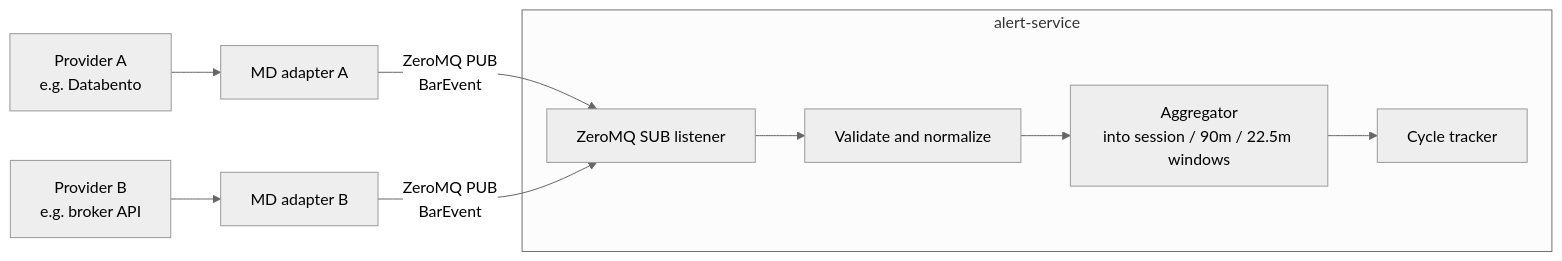
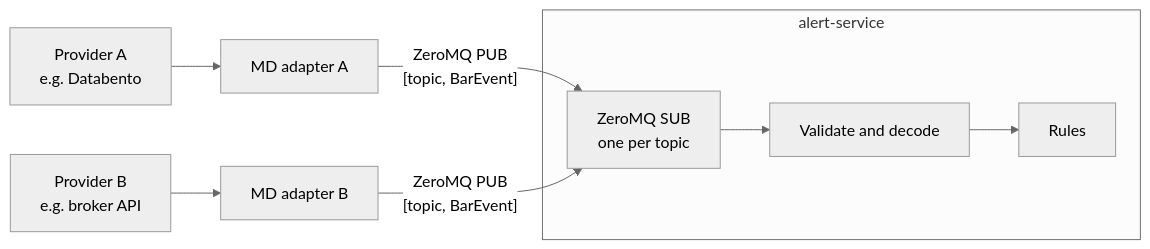
Before and after one commit to parvanescu/ict-backtest-engine: the diagram in documents/implementation_strategy/06_market_data_contract.md, drawn with Mermaid (neutral theme). The commit also changed other lines of this file and 551 other files, not shown here.

````diff
--- a/documents/implementation_strategy/06_market_data_contract.md
+++ b/documents/implementation_strategy/06_market_data_contract.md
@@ -9,12 +9,11 @@
 ```mermaid
 flowchart LR
     P1[Provider A<br/>e.g. Databento] --> AD1[MD adapter A]
     P2[Provider B<br/>e.g. broker API] --> AD2[MD adapter B]
-    AD1 -- "ZeroMQ PUB<br/>BarEvent" --> SUB
-    AD2 -- "ZeroMQ PUB<br/>BarEvent" --> SUB
+    AD1 -- "ZeroMQ PUB<br/>[topic, BarEvent]" --> SUB
+    AD2 -- "ZeroMQ PUB<br/>[topic, BarEvent]" --> SUB
     subgraph SVC [alert-service]
-        SUB[ZeroMQ SUB listener] --> V[Validate and normalize]
-        V --> AGG[Aggregator<br/>into session / 90m / 22.5m windows]
-        AGG --> CT[Cycle tracker]
+        SUB[ZeroMQ SUB<br/>one per topic] --> V[Validate and decode]
+        V --> R[Rules]
     end
 ```
````
